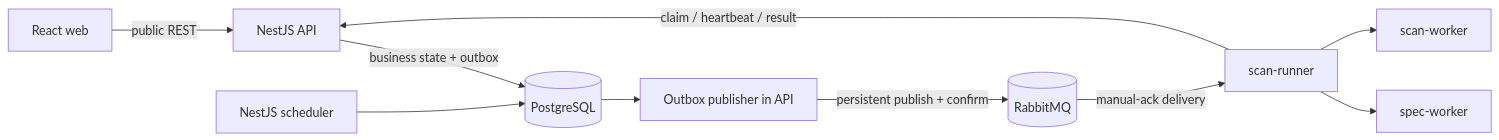
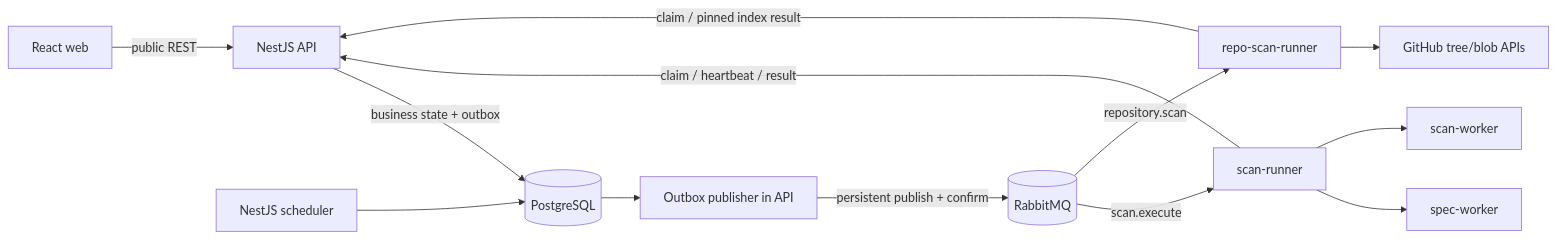
The first of 5 diagrams in docs/architecture.md (zrira/contrava), drawn with Mermaid before and after one commit. The commit also changed other lines of this file and 9 other files, not shown here.

Commit message:
docs: document GitHub integration and impact model

````diff
--- a/docs/architecture.md
+++ b/docs/architecture.md
@@ -5,12 +5,15 @@
 ```mermaid
 flowchart LR
   Browser[React web] -->|public REST| API[NestJS API]
   API -->|business state + outbox| DB[(PostgreSQL)]
   Publisher[Outbox publisher in API] -->|persistent publish + confirm| MQ[(RabbitMQ)]
   DB --> Publisher
   Scheduler[NestJS scheduler] --> DB
-  MQ -->|manual-ack delivery| Runner[scan-runner]
+  MQ -->|scan.execute| Runner[scan-runner]
+  MQ -->|repository.scan| RepoRunner[repo-scan-runner]
   Runner -->|claim / heartbeat / result| API
+  RepoRunner -->|claim / pinned index result| API
+  RepoRunner --> GitHub[GitHub tree/blob APIs]
   Runner --> Spec[spec-worker]
   Runner --> Diff[scan-worker]
 ```
````
